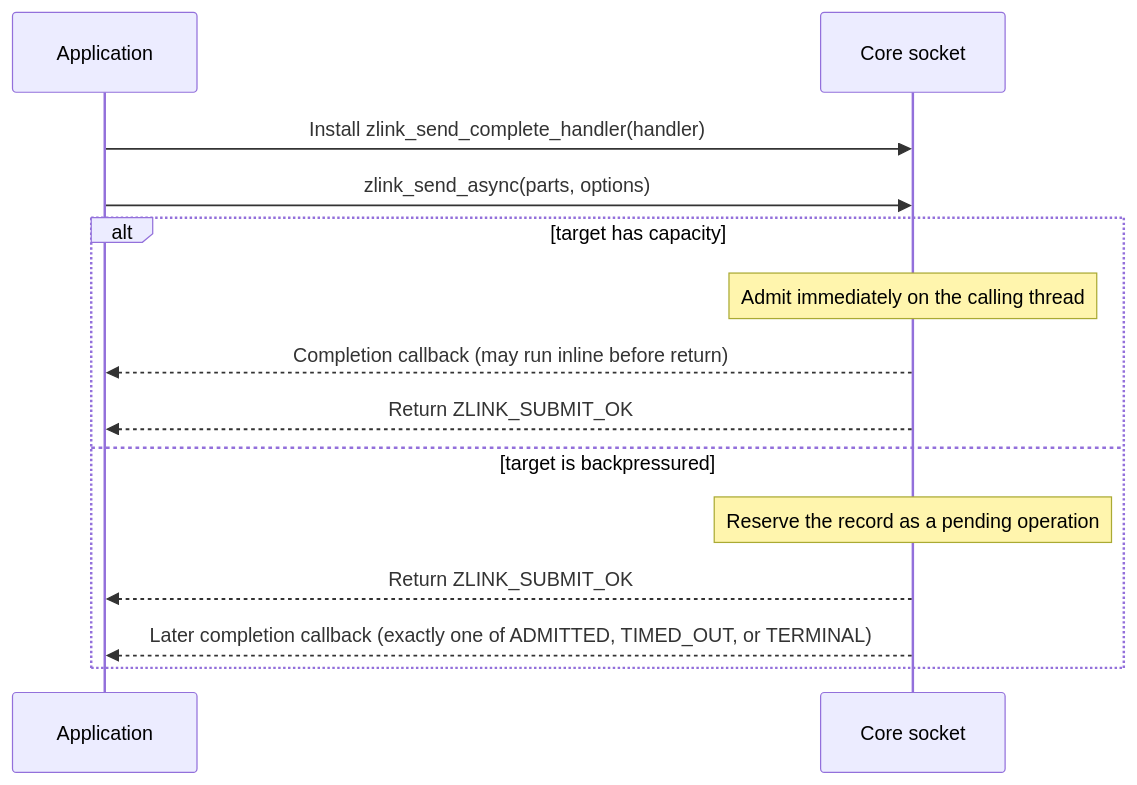
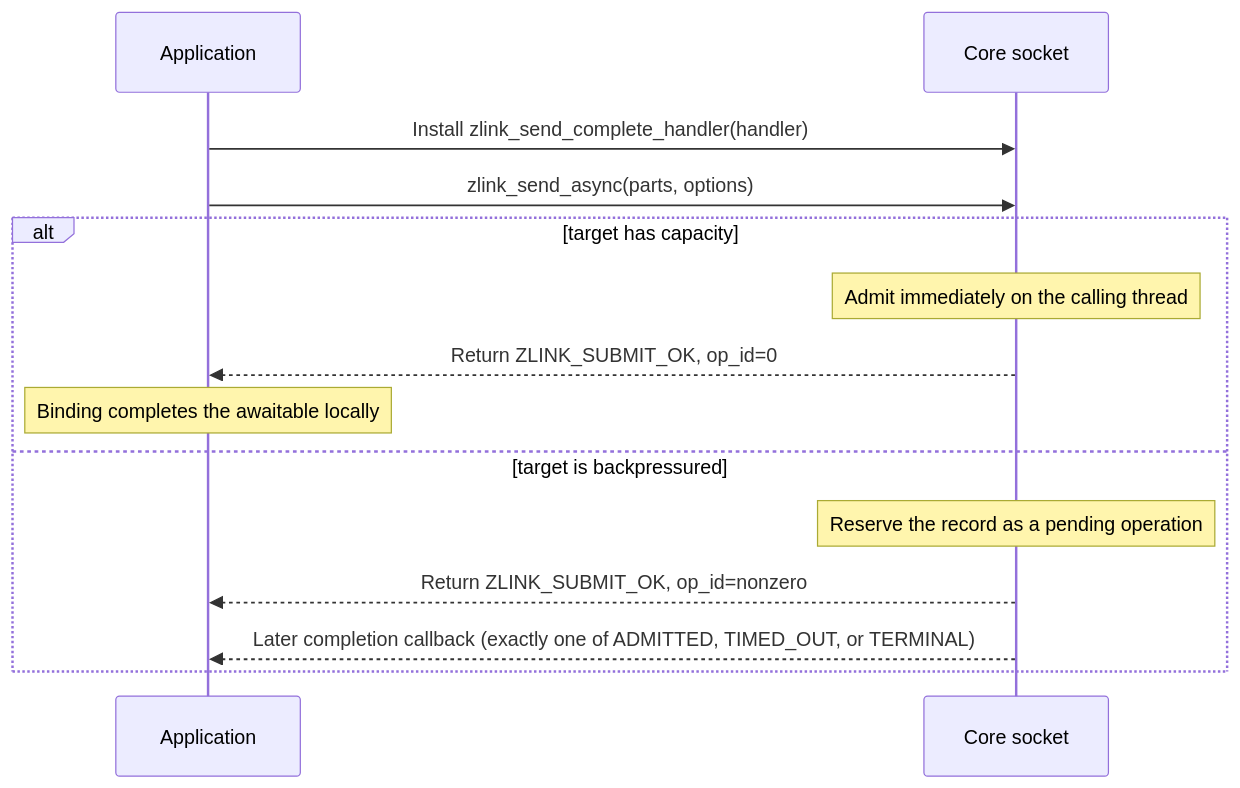
The diagram in core/doc/spec/core/socket/README.en.md (zlink-systems/zlink), drawn with Mermaid before and after one commit. The commit also changed other lines of this file and 37 other files, not shown here.

````diff
--- a/core/doc/spec/core/socket/README.en.md
+++ b/core/doc/spec/core/socket/README.en.md
@@ -998,16 +1002,16 @@
 ```mermaid
 sequenceDiagram
     participant App as Application
     participant Core as Core socket
     App->>Core: Install zlink_send_complete_handler(handler)
     App->>Core: zlink_send_async(parts, options)
     alt target has capacity
         Note over Core: Admit immediately on the calling thread
-        Core-->>App: Completion callback (may run inline before return)
-        Core-->>App: Return ZLINK_SUBMIT_OK
+        Core-->>App: Return ZLINK_SUBMIT_OK, op_id=0
+        Note over App: Binding completes the awaitable locally
     else target is backpressured
         Note over Core: Reserve the record as a pending operation
-        Core-->>App: Return ZLINK_SUBMIT_OK
+        Core-->>App: Return ZLINK_SUBMIT_OK, op_id=nonzero
         Core-->>App: Later completion callback (exactly one of ADMITTED, TIMED_OUT, or TERMINAL)
     end
 ```
````
